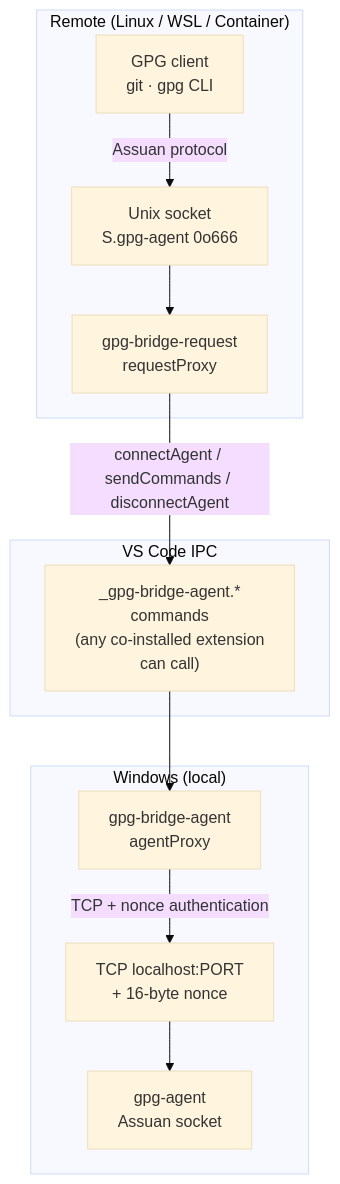
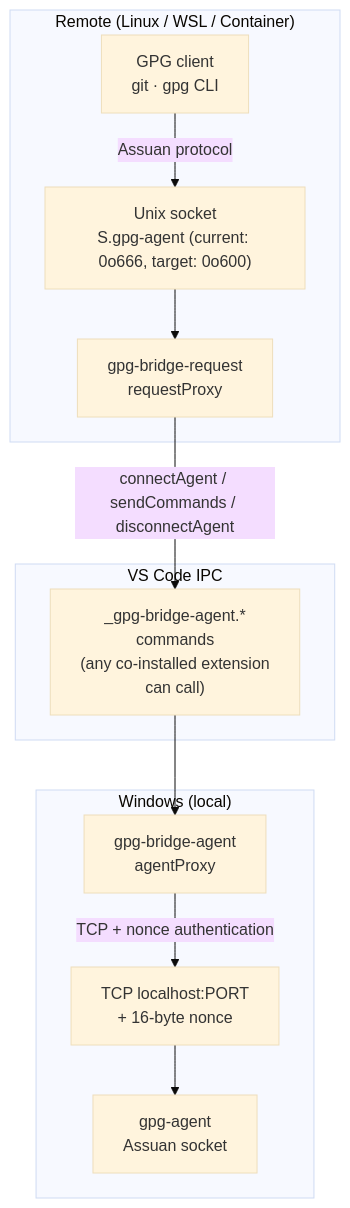
The diagram in docs/security-review-plan.md (diablodale/gpg-bridge), drawn with Mermaid (base theme) before and after one commit. The commit also changed other lines of this file, not shown here.

````diff
--- a/docs/security-review-plan.md
+++ b/docs/security-review-plan.md
@@ -11,25 +11,25 @@
 ```mermaid
 flowchart TB
     subgraph Remote["Remote (Linux / WSL / Container)"]
         Client["GPG client<br>git · gpg CLI"]
-        UDS["Unix socket<br/>S.gpg-agent  0o666"]
+        UDS["Unix socket<br/>S.gpg-agent (current: 0o666, target: 0o600)"]
         RP["gpg-bridge-request<br/>requestProxy"]
         Client -- "Assuan protocol" --> UDS
         UDS --> RP
     end
 
     subgraph Bridge["VS Code IPC"]
         CMD["_gpg-bridge-agent.*<br/>commands<br/>(any co-installed extension<br/>can call)"]
     end
 
     subgraph Windows["Windows (local)"]
         AP["gpg-bridge-agent<br/>agentProxy"]
         TCP["TCP localhost:PORT<br/>+ 16-byte nonce"]
         GPGAgent["gpg-agent<br/>Assuan socket"]
         AP -- "TCP + nonce authentication" --> TCP
         TCP --> GPGAgent
     end
 
     RP -- "connectAgent / sendCommands / disconnectAgent" --> CMD
     CMD --> AP
 ```
````
